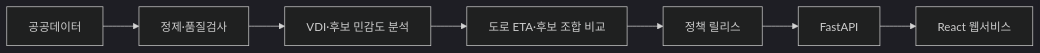
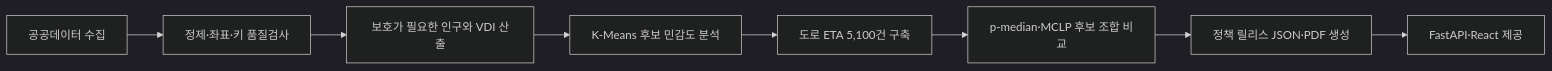
The diagram in README.md (ssg-sak/golden-project), drawn with Mermaid (dark theme) before and after one commit. The commit also changed other lines of this file, not shown here.

````diff
--- a/README.md
+++ b/README.md
@@ -41,9 +88,10 @@
 ```mermaid
 flowchart LR
-    A[공공데이터] --> B[정제·품질검사]
-    B --> C[VDI·후보 민감도 분석]
-    C --> D[도로 ETA·후보 조합 비교]
-    D --> E[정책 릴리스]
-    E --> F[FastAPI]
-    F --> G[React 웹서비스]
+    A[공공데이터 수집] --> B[정제·좌표·키 품질검사]
+    B --> C[보호가 필요한 인구와 VDI 산출]
+    C --> D[K-Means 후보 민감도 분석]
+    D --> E[도로 ETA 5,100건 구축]
+    E --> F[p-median·MCLP 후보 조합 비교]
+    F --> G[정책 릴리스 JSON·PDF 생성]
+    G --> H[FastAPI·React 제공]
 ```
````
